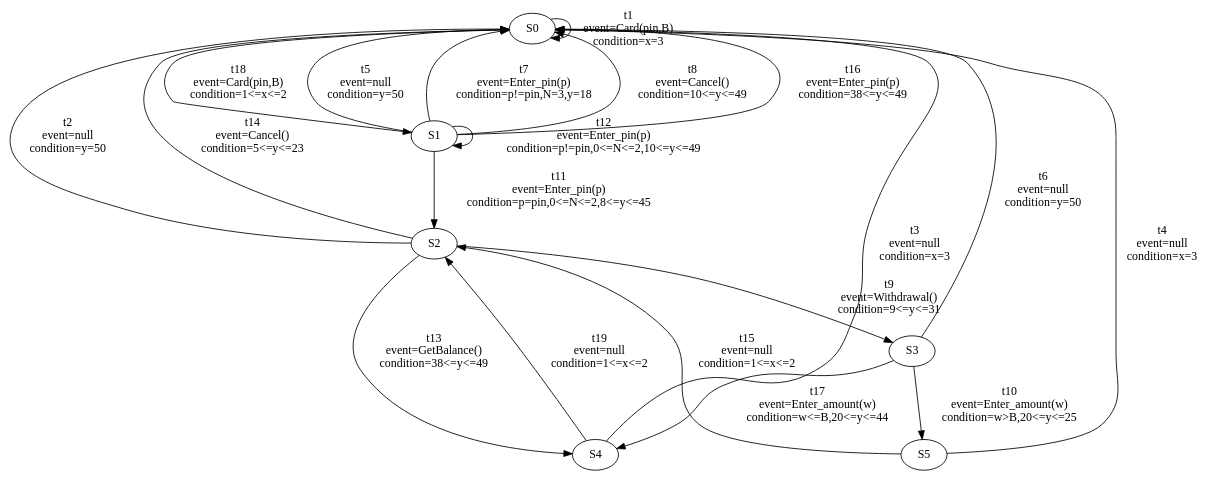
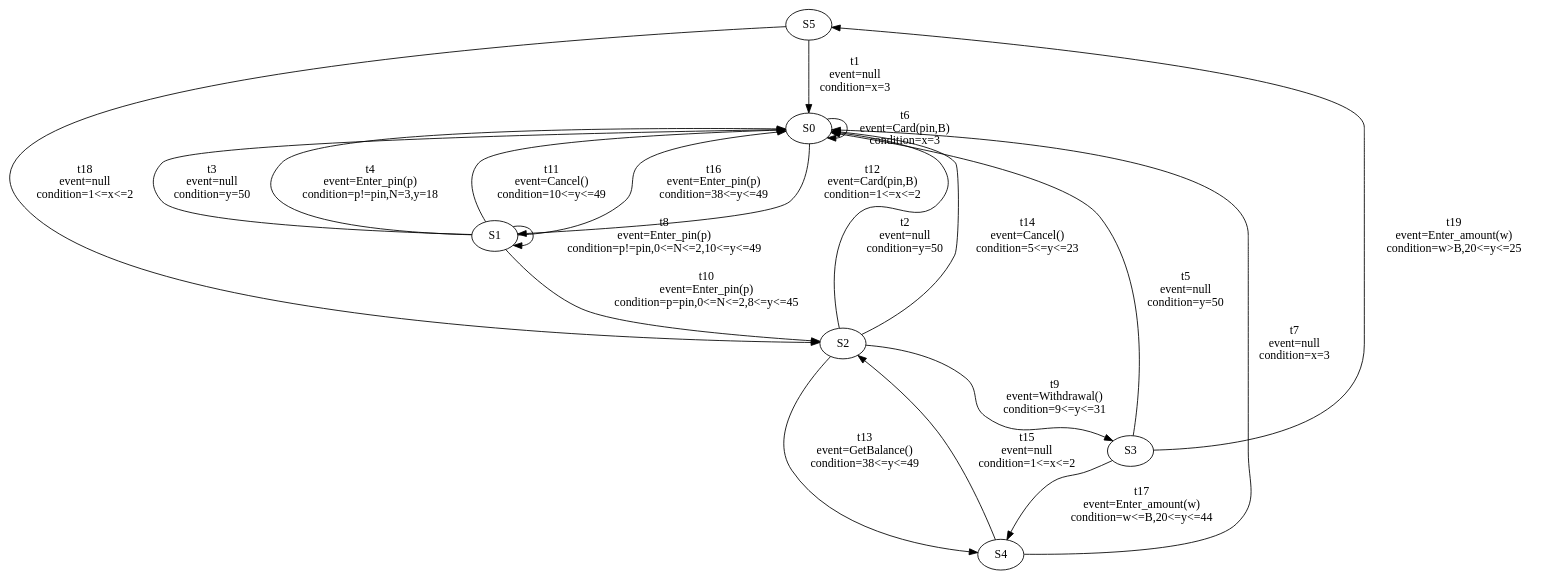
Before and after one commit to Catxiaobai/project: the diagram in server/file/result2.dot, drawn with Graphviz. The commit also changed 47 other files, not shown here.

```diff
--- a/server/file/result2.dot
+++ b/server/file/result2.dot
@@ -1,59 +1,59 @@
 digraph g {
- S0 -> S0 [ label="t1
-event=Card(pin,B)
+ S5 -> S0 [ label="t1
+event=null
 condition=x=3" ];
  S2 -> S0 [ label="t2
 event=null
 condition=y=50" ];
- S4 -> S0 [ label="t3
+ S1 -> S0 [ label="t3
+event=null
+condition=y=50" ];
+ S1 -> S0 [ label="t4
+event=Enter_pin(p)
+condition=p!=pin,N=3,y=18" ];
+ S3 -> S0 [ label="t5
+event=null
+condition=y=50" ];
+ S0 -> S0 [ label="t6
+event=Card(pin,B)
+condition=x=3" ];
+ S4 -> S0 [ label="t7
 event=null
 condition=x=3" ];
- S5 -> S0 [ label="t4
-event=null
-condition=x=3" ];
- S1 -> S0 [ label="t5
-event=null
-condition=y=50" ];
- S3 -> S0 [ label="t6
-event=null
-condition=y=50" ];
- S1 -> S0 [ label="t7
+ S1 -> S1 [ label="t8
 event=Enter_pin(p)
-condition=p!=pin,N=3,y=18" ];
- S1 -> S0 [ label="t8
-event=Cancel()
-condition=10<=y<=49" ];
+condition=p!=pin,0<=N<=2,10<=y<=49" ];
  S2 -> S3 [ label="t9
 event=Withdrawal()
 condition=9<=y<=31" ];
- S3 -> S5 [ label="t10
-event=Enter_amount(w)
-condition=w>B,20<=y<=25" ];
- S1 -> S2 [ label="t11
+ S1 -> S2 [ label="t10
 event=Enter_pin(p)
 condition=p=pin,0<=N<=2,8<=y<=45" ];
- S1 -> S1 [ label="t12
-event=Enter_pin(p)
-condition=p!=pin,0<=N<=2,10<=y<=49" ];
+ S1 -> S0 [ label="t11
+event=Cancel()
+condition=10<=y<=49" ];
+ S0 -> S1 [ label="t12
+event=Card(pin,B)
+condition=1<=x<=2" ];
  S2 -> S4 [ label="t13
 event=GetBalance()
 condition=38<=y<=49" ];
  S2 -> S0 [ label="t14
 event=Cancel()
 condition=5<=y<=23" ];
- S5 -> S2 [ label="t15
+ S4 -> S2 [ label="t15
 event=null
 condition=1<=x<=2" ];
  S1 -> S0 [ label="t16
 event=Enter_pin(p)
 condition=38<=y<=49" ];
  S3 -> S4 [ label="t17
 event=Enter_amount(w)
 condition=w<=B,20<=y<=44" ];
- S0 -> S1 [ label="t18
-event=Card(pin,B)
-condition=1<=x<=2" ];
- S4 -> S2 [ label="t19
+ S5 -> S2 [ label="t18
 event=null
 condition=1<=x<=2" ];
+ S3 -> S5 [ label="t19
+event=Enter_amount(w)
+condition=w>B,20<=y<=25" ];
 }
```
